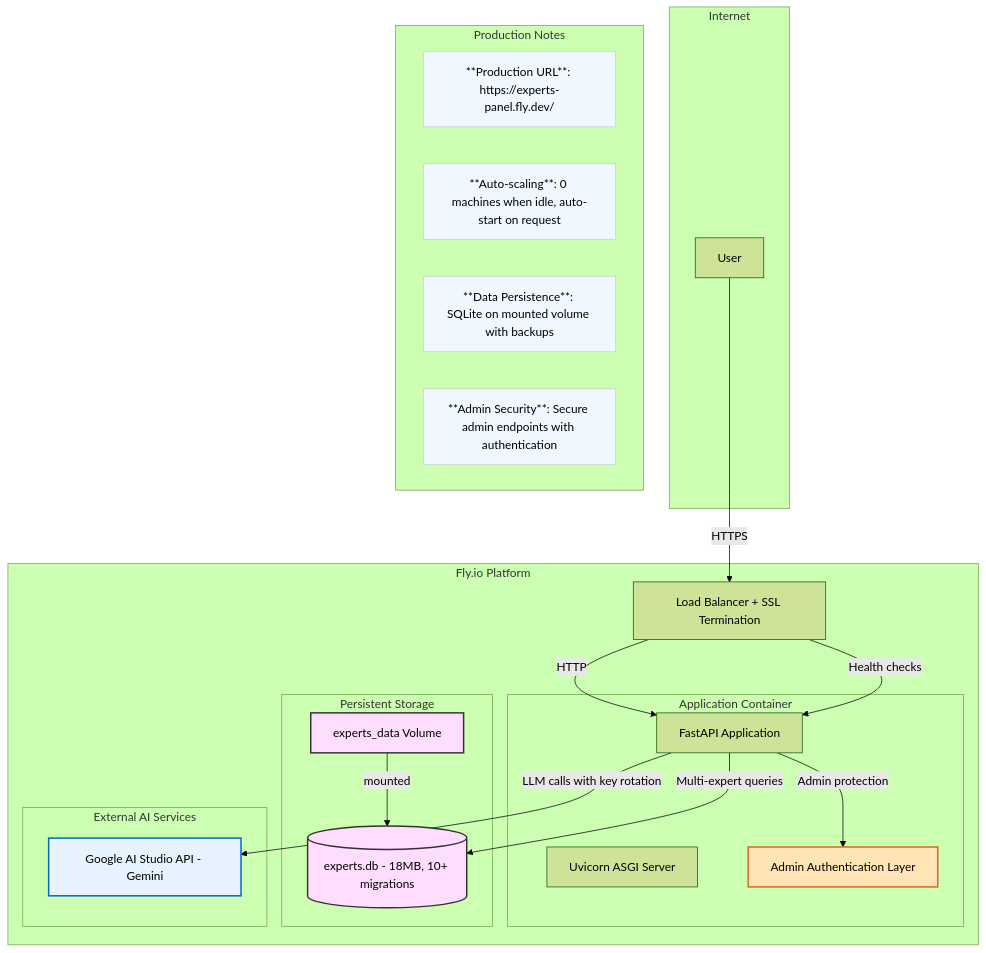
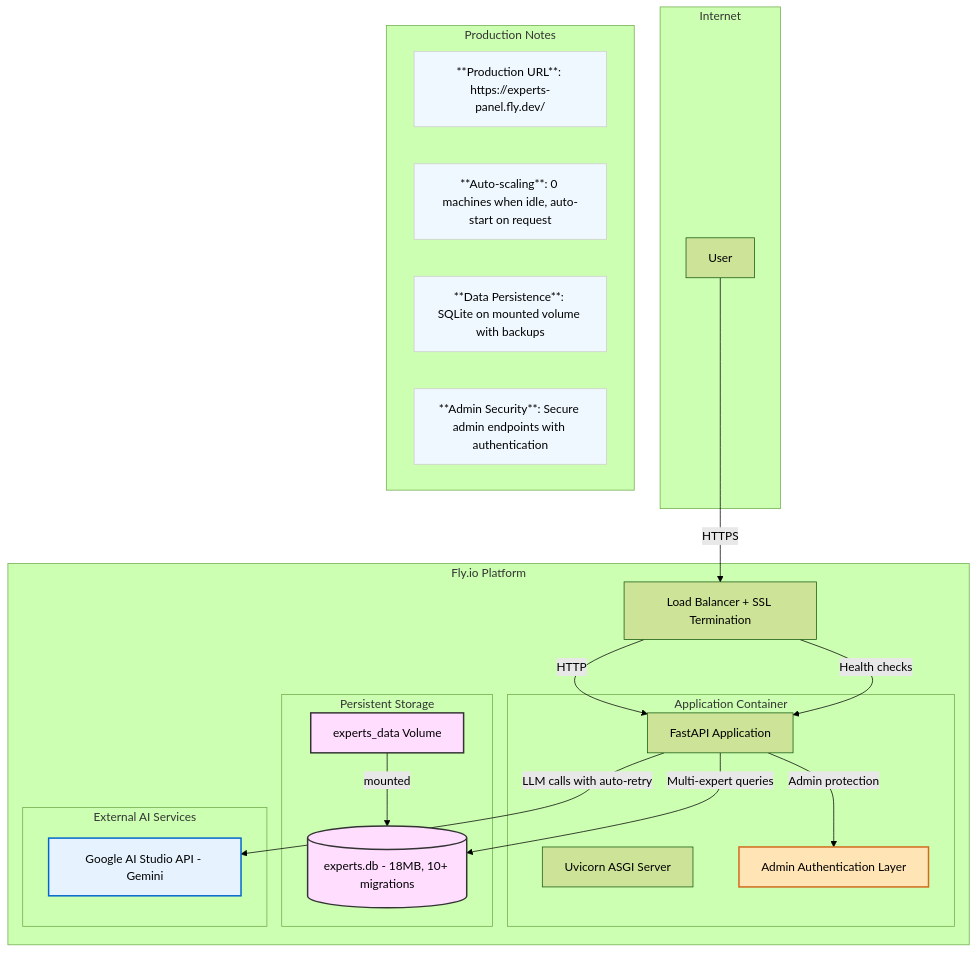
The third of 3 diagrams in README.md (shao3d/Experts_panel), drawn with Mermaid (forest theme) before and after one commit. The commit also changed other lines of this file and 3 other files, not shown here.

First line of the commit message:
docs: update all documentation to reflect single-key architecture

````diff
--- a/README.md
+++ b/README.md
@@ -89,49 +89,49 @@
 ```mermaid
 graph TD
     subgraph "Internet"
         User[User]
     end
 
     subgraph "Fly.io Platform"
         LB[Load Balancer + SSL Termination]
 
         subgraph "Application Container"
             App[FastAPI Application]
             Uvicorn[Uvicorn ASGI Server]
             AdminLayer[Admin Authentication Layer]
         end
 
         subgraph "Persistent Storage"
             Volume[experts_data Volume]
             DB[(experts.db - 18MB, 10+ migrations)]
             Volume -- mounted --> DB
         end
 
         subgraph "External AI Services"
             GoogleAI[Google AI Studio API - Gemini]
         end
     end
 
     User -- HTTPS --> LB
     LB -- HTTP --> App
     App -- Admin protection --> AdminLayer
     App -- Multi-expert queries --> DB
-    App -- LLM calls with key rotation --> GoogleAI
+    App -- LLM calls with auto-retry --> GoogleAI
     LB -- Health checks --> App
 
     classDef storage fill:#fdf,stroke:#333,stroke-width:2px
     classDef external fill:#e6f3ff,stroke:#0066cc,stroke-width:2px
     classDef note fill:#f0f8ff,stroke:#ccc,stroke-width:1px
     classDef admin fill:#FFE4B5,stroke:#D2691E,stroke-width:2px
     class Volume,DB storage
     class GoogleAI external
     class AdminLayer admin
 
     subgraph "Production Notes"
         URL[**Production URL**: https://experts-panel.fly.dev/]
         Scale[**Auto-scaling**: 0 machines when idle, auto-start on request]
         Data[**Data Persistence**: SQLite on mounted volume with backups]
         Auth[**Admin Security**: Secure admin endpoints with authentication]
         class URL,Scale,Data,Auth note
     end
 ```
````
